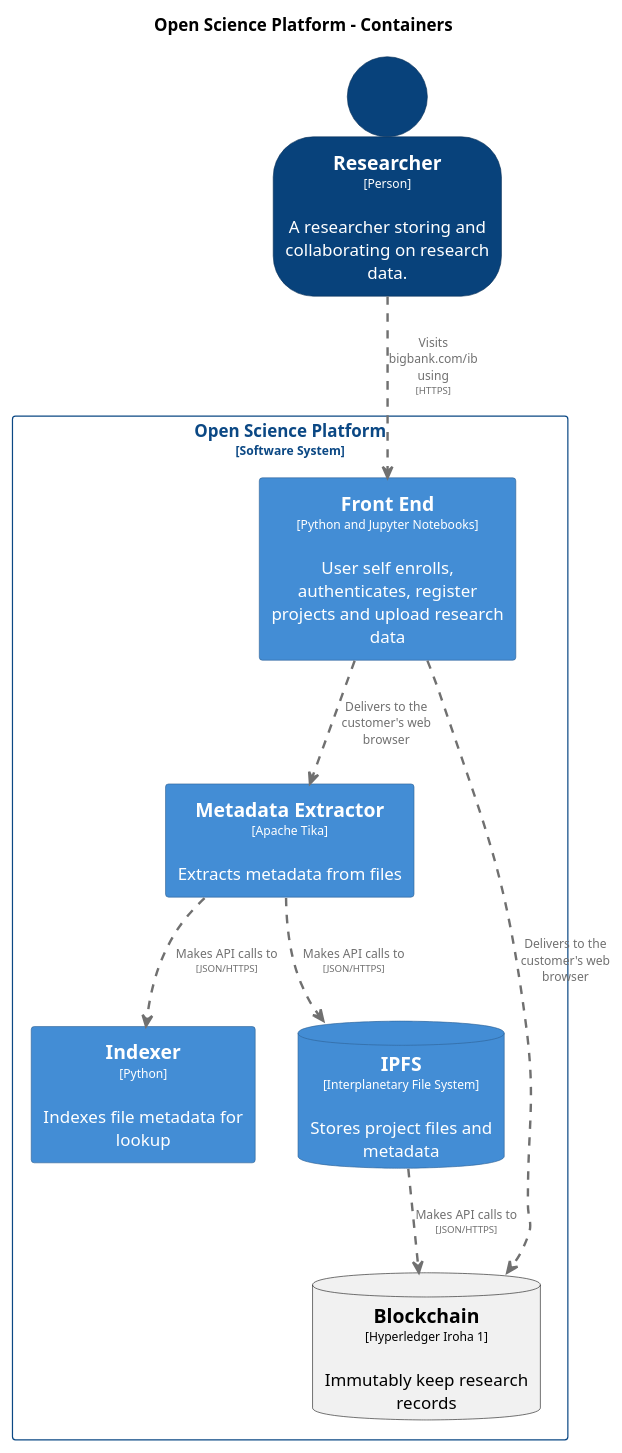
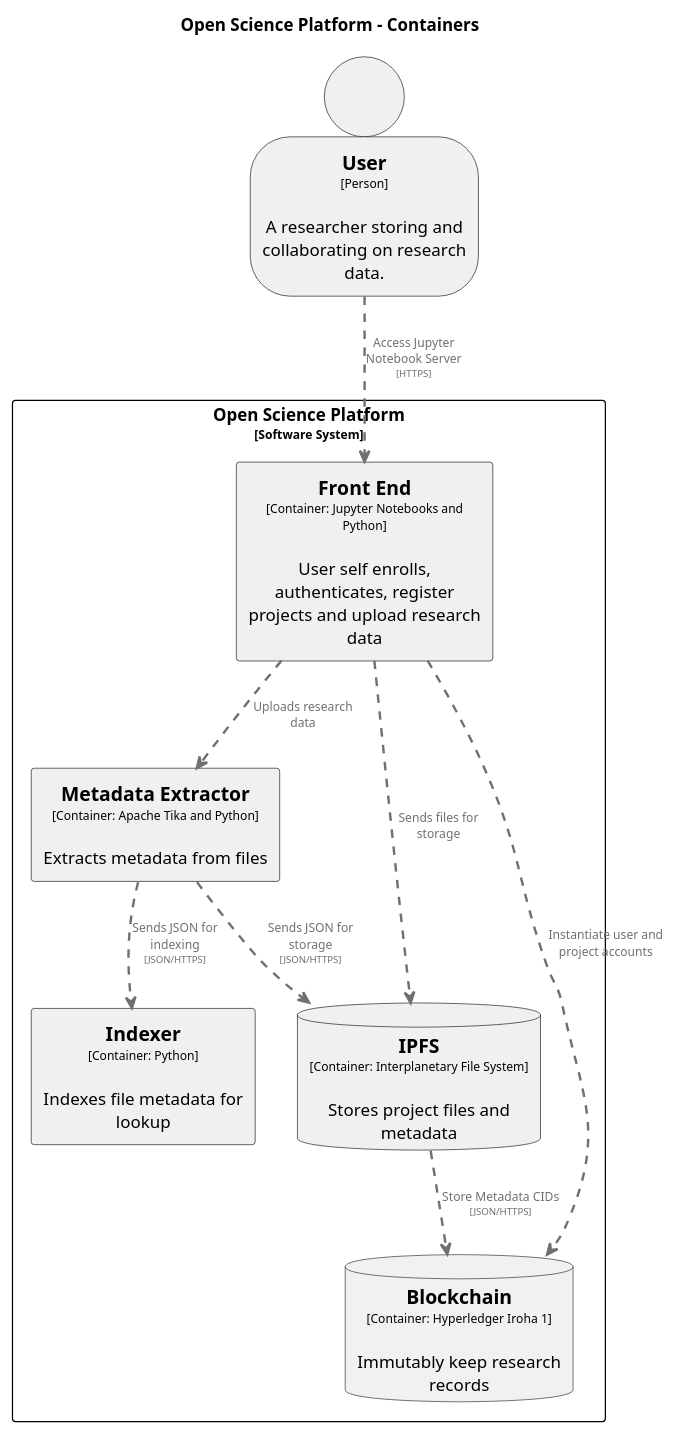
One commit to OliveiraEdu/d-OSP changed the diagram in diagrams/plantUML/container_diagram.wsd. Above: the diagram before and after it, drawn with PlantUML. The commit also changed 2 other files, not shown here.

Commit message:
updating system diagram

```diff
--- a/diagrams/plantUML/container_diagram.wsd
+++ b/diagrams/plantUML/container_diagram.wsd
@@ -1,79 +1,82 @@
 @startuml
 set separator none
 title Open Science Platform - Containers
 
 top to bottom direction
 
 skinparam {
   arrowFontSize 10
   defaultTextAlignment center
   wrapWidth 200
   maxMessageSize 100
 }
 
 hide stereotype
 
 skinparam rectangle<<OpenSciencePlatform.Indexer>> {
-  BackgroundColor #438dd5
-  FontColor #ffffff
-  BorderColor #2e6295
+  BackgroundColor #F0F0F0
+  FontColor #000000
+  BorderColor #000000
   shadowing false
 }
 skinparam database<<OpenSciencePlatform.IPFS>> {
-  BackgroundColor #438dd5
-  FontColor #ffffff
-  BorderColor #2e6295
+  BackgroundColor #F0F0F0
+  FontColor #000000
+  BorderColor #000000
   shadowing false
 }
 skinparam rectangle<<OpenSciencePlatform.Blockchain>> {
-  BackgroundColor #999999
-  FontColor #ffffff
-  BorderColor #6b6b6b
+  BackgroundColor #F0F0F0
+  FontColor #000000
+  BorderColor #000000
   shadowing false
 }
 
-skinparam person<<Researcher>> {
-  BackgroundColor #08427b
-  FontColor #ffffff
-  BorderColor #052e56
+skinparam person<<User>> {
+  BackgroundColor #F0F0F0
+  FontColor #000000
+  BorderColor #000000
   shadowing false
 }
 skinparam rectangle<<OpenSciencePlatform.MetadataExtractor>> {
-  BackgroundColor #438dd5
-  FontColor #ffffff
-  BorderColor #2e6295
+  BackgroundColor #F0F0F0
+  FontColor #000000
+  BorderColor #000000
   shadowing false
 }
 skinparam rectangle<<OpenSciencePlatform.FrontEnd>> {
-  BackgroundColor #438dd5
-  FontColor #ffffff
-  BorderColor #2e6295
+  BackgroundColor #F0F0F0
+  FontColor #000000
+  BorderColor #000000
   shadowing false
 }
 skinparam rectangle<<OpenSciencePlatform>> {
-  BorderColor #0b4884
-  FontColor #0b4884
+  BorderColor #000000
+  FontColor #000000
   shadowing false
 }
 
-person "==Researcher\n<size:10>[Person]</size>\n\nA researcher storing and collaborating on research data." <<Researcher>> as Researcher
+person "==User\n<size:10>[Person]</size>\n\nA researcher storing and collaborating on research data." <<User>> as User
 
 rectangle "Open Science Platform\n<size:10>[Software System]</size>" <<OpenSciencePlatform>> {
-  rectangle "==Front End\n<size:10>[Python and Jupyter Notebooks]</size>\n\nUser self enrolls, authenticates, register projects and upload research data " <<OpenSciencePlatform.FrontEnd>> as OpenSciencePlatform.FrontEnd
-  rectangle "==Indexer\n<size:10>[Python]</size>\n\nIndexes file metadata for lookup" <<OpenSciencePlatform.Indexer>> as OpenSciencePlatform.Indexer
-  database "==IPFS\n<size:10>[Interplanetary File System]</size>\n\nStores project files and metadata" <<OpenSciencePlatform.IPFS>> as OpenSciencePlatform.IPFS
-  rectangle "==Metadata Extractor\n<size:10>[Apache Tika]</size>\n\nExtracts metadata from files" <<OpenSciencePlatform.MetadataExtractor>> as OpenSciencePlatform.MetadataExtractor
-  database "==Blockchain\n<size:10>[Hyperledger Iroha 1]</size>\n\nImmutably keep research records" <<OpenSciencePlatform.Blockchain>> as OpenSciencePlatform.Blockchain
+  rectangle "==Front End\n<size:10>[Container: Jupyter Notebooks and Python]</size>\n\nUser self enrolls, authenticates, register projects and upload research data " <<OpenSciencePlatform.FrontEnd>> as OpenSciencePlatform.FrontEnd
+  rectangle "==Indexer\n<size:10>[Container: Python]</size>\n\nIndexes file metadata for lookup" <<OpenSciencePlatform.Indexer>> as OpenSciencePlatform.Indexer
+  database "==IPFS\n<size:10>[Container: Interplanetary File System]</size>\n\nStores project files and metadata" <<OpenSciencePlatform.IPFS>> as OpenSciencePlatform.IPFS
+  rectangle "==Metadata Extractor\n<size:10>[Container: Apache Tika and Python]</size>\n\nExtracts metadata from files" <<OpenSciencePlatform.MetadataExtractor>> as OpenSciencePlatform.MetadataExtractor
+  database "==Blockchain\n<size:10>[Container: Hyperledger Iroha 1]</size>\n\nImmutably keep research records" <<OpenSciencePlatform.Blockchain>> as OpenSciencePlatform.Blockchain
   
   
 }
 
 
-Researcher .[#707070,thickness=2].> OpenSciencePlatform.FrontEnd : "<color:#707070>Visits bigbank.com/ib using\n<color:#707070><size:8>[HTTPS]</size>"
-OpenSciencePlatform.FrontEnd .[#707070,thickness=2].> OpenSciencePlatform.MetadataExtractor : "<color:#707070>Delivers to the customer's web browser"
-OpenSciencePlatform.FrontEnd .[#707070,thickness=2].> OpenSciencePlatform.Blockchain : "<color:#707070>Delivers to the customer's web browser"
-OpenSciencePlatform.MetadataExtractor .[#707070,thickness=2].> OpenSciencePlatform.Indexer : "<color:#707070>Makes API calls to\n<color:#707070><size:8>[JSON/HTTPS]</size>"
-OpenSciencePlatform.MetadataExtractor .[#707070,thickness=2].> OpenSciencePlatform.IPFS : "<color:#707070>Makes API calls to\n<color:#707070><size:8>[JSON/HTTPS]</size>"
-OpenSciencePlatform.IPFS .[#707070,thickness=2].> OpenSciencePlatform.Blockchain : "<color:#707070>Makes API calls to\n<color:#707070><size:8>[JSON/HTTPS]</size>"
+User .[#707070,thickness=2].> OpenSciencePlatform.FrontEnd : "<color:#707070>Access Jupyter Notebook Server\n<color:#707070><size:8>[HTTPS]</size>"
+OpenSciencePlatform.FrontEnd .[#707070,thickness=2].> OpenSciencePlatform.MetadataExtractor : "<color:#707070>Uploads research data"
+OpenSciencePlatform.FrontEnd .[#707070,thickness=2].> OpenSciencePlatform.Blockchain : "<color:#707070>Instantiate user and project accounts"
+OpenSciencePlatform.FrontEnd .[#707070,thickness=2].> OpenSciencePlatform.IPFS : "<color:#707070>Sends files for storage"
+OpenSciencePlatform.MetadataExtractor .[#707070,thickness=2].> OpenSciencePlatform.Indexer : "<color:#707070>Sends JSON for indexing\n<color:#707070><size:8>[JSON/HTTPS]</size>"
+OpenSciencePlatform.MetadataExtractor .[#707070,thickness=2].> OpenSciencePlatform.IPFS : "<color:#707070>Sends JSON for storage\n<color:#707070><size:8>[JSON/HTTPS]</size>"
+OpenSciencePlatform.IPFS .[#707070,thickness=2].> OpenSciencePlatform.Blockchain : "<color:#707070>Store Metadata CIDs\n<color:#707070><size:8>[JSON/HTTPS]</size>"
+
+
 
 @enduml
```
